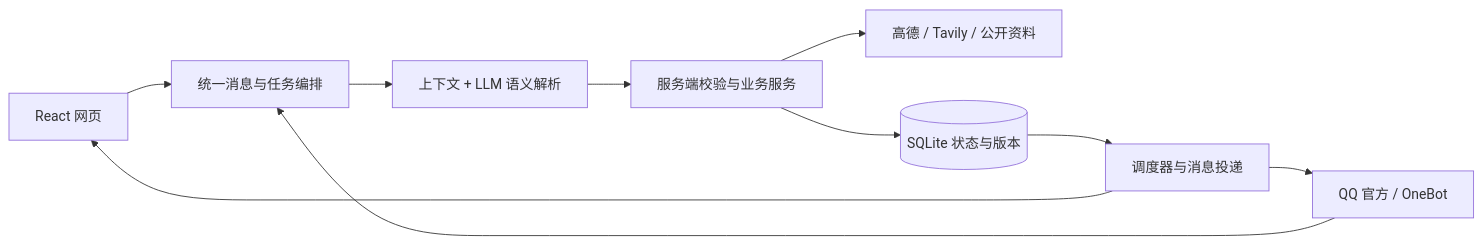
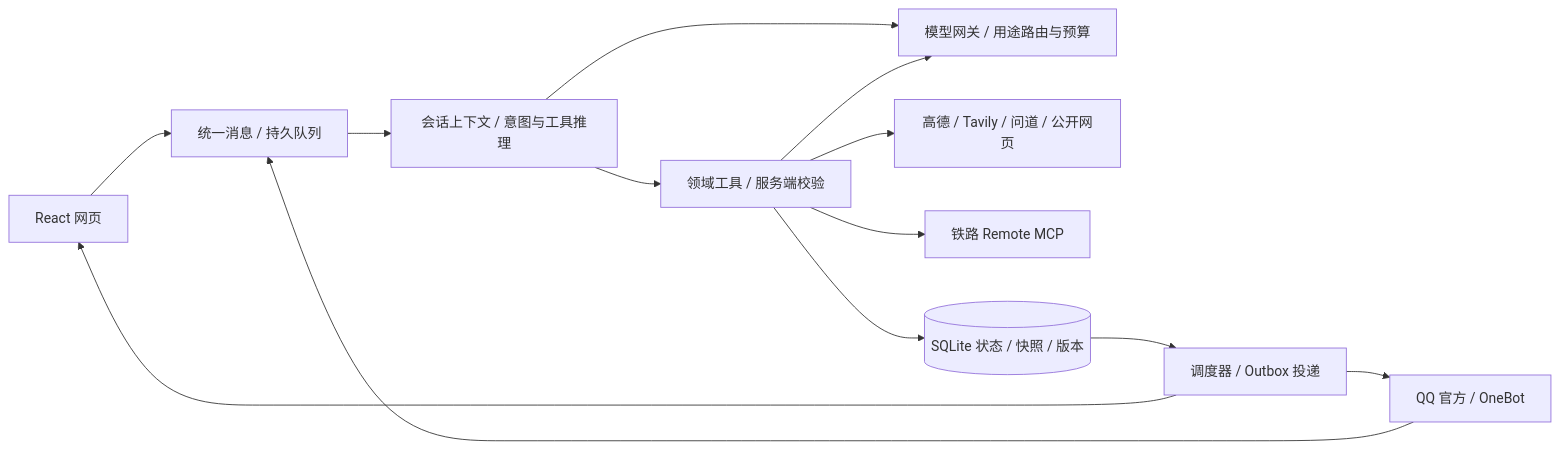
One commit to ademjest/travel_agent changed the diagram in README.md. Above: the diagram before and after it, drawn with Mermaid. The commit also changed other lines of this file and 518 other files, not shown here.

````diff
--- a/README.md
+++ b/README.md
@@ -85,12 +89,15 @@
 ```mermaid
 flowchart LR
-    Web[React 网页] --> App[统一消息与任务编排]
+    Web[React 网页] --> App[统一消息 / 持久队列]
     QQ[QQ 官方 / OneBot] --> App
-    App --> Intent[上下文 + LLM 语义解析]
-    Intent --> Services[服务端校验与业务服务]
-    Services --> Sources[高德 / Tavily / 公开资料]
-    Services --> Store[(SQLite 状态与版本)]
-    Store --> Workers[调度器与消息投递]
+    App --> Agent[会话上下文 / 意图与工具推理]
+    Agent --> Models[模型网关 / 用途路由与预算]
+    Agent --> Tools[领域工具 / 服务端校验]
+    Tools --> Models
+    Tools --> Sources[高德 / Tavily / 问道 / 公开网页]
+    Tools --> Rail[铁路 Remote MCP]
+    Tools --> Store[(SQLite 状态 / 快照 / 版本)]
+    Store --> Workers[调度器 / Outbox 投递]
     Workers --> Web
     Workers --> QQ
 ```
````
